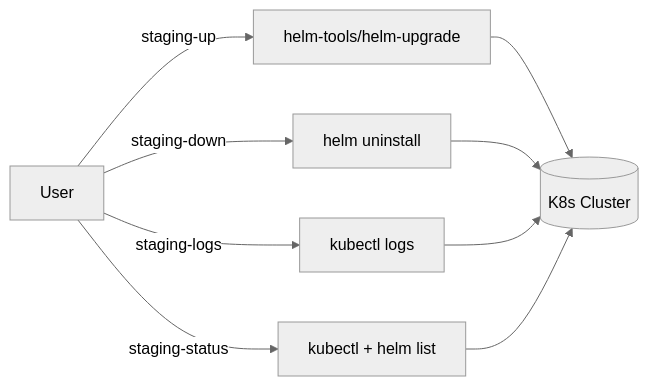
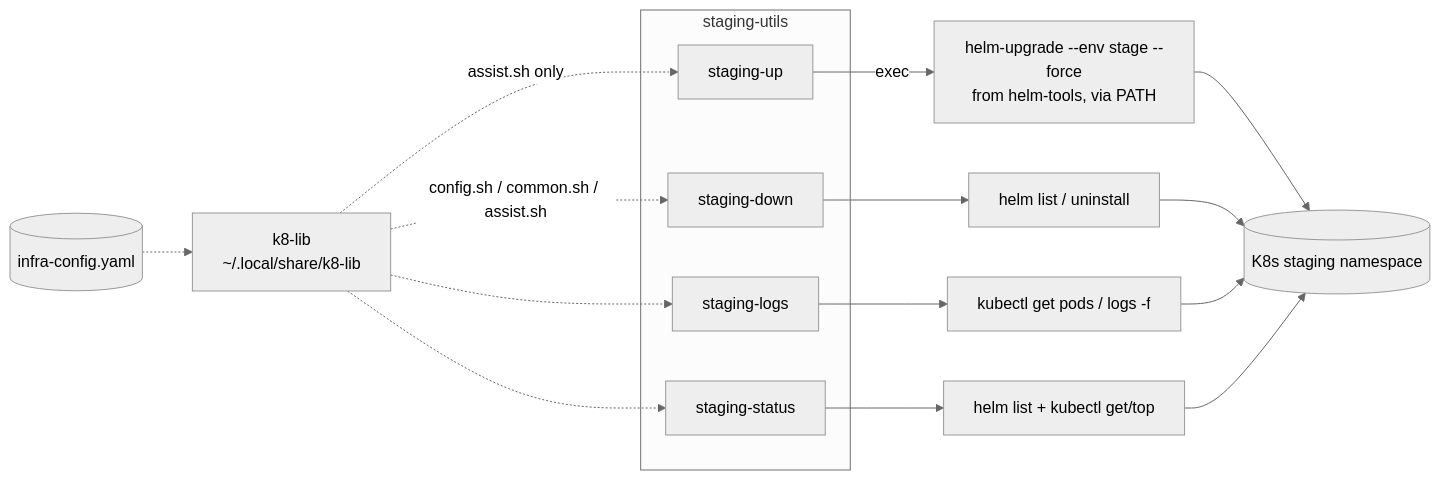
Before and after one commit to the-robot-lives/staging-tools: the diagram in docs/PROJ-ARCH.md, drawn with Mermaid (neutral theme). The commit also changed other lines of this file and 3 other files, not shown here.

````diff
--- a/docs/PROJ-ARCH.md
+++ b/docs/PROJ-ARCH.md
@@ -9,12 +11,25 @@
 ```mermaid
 graph LR
-    User -->|staging-up| HelmUpgrade[helm-tools/helm-upgrade]
-    User -->|staging-down| Helm[helm uninstall]
-    User -->|staging-logs| Kubectl[kubectl logs]
-    User -->|staging-status| K8sAPI[kubectl + helm list]
+    subgraph staging-utils
+        Up[staging-up]
+        Down[staging-down]
+        Logs[staging-logs]
+        Status[staging-status]
+    end
 
-    HelmUpgrade --> K8s[(K8s Cluster)]
+    Lib[k8-lib<br/>~/.local/share/k8-lib] -.->|config.sh / common.sh / assist.sh| Down
+    Lib -.-> Logs
+    Lib -.-> Status
+    Lib -.->|assist.sh only| Up
+    Cfg[(infra-config.yaml)] -.-> Lib
+
+    Up -->|exec| HU[helm-upgrade --env stage --force<br/>from helm-tools, via PATH]
+    Down --> Helm[helm list / uninstall]
+    Logs --> KL[kubectl get pods / logs -f]
+    Status --> KS[helm list + kubectl get/top]
+
+    HU --> K8s[(K8s staging namespace)]
     Helm --> K8s
-    Kubectl --> K8s
-    K8sAPI --> K8s
+    KL --> K8s
+    KS --> K8s
 ```
````
